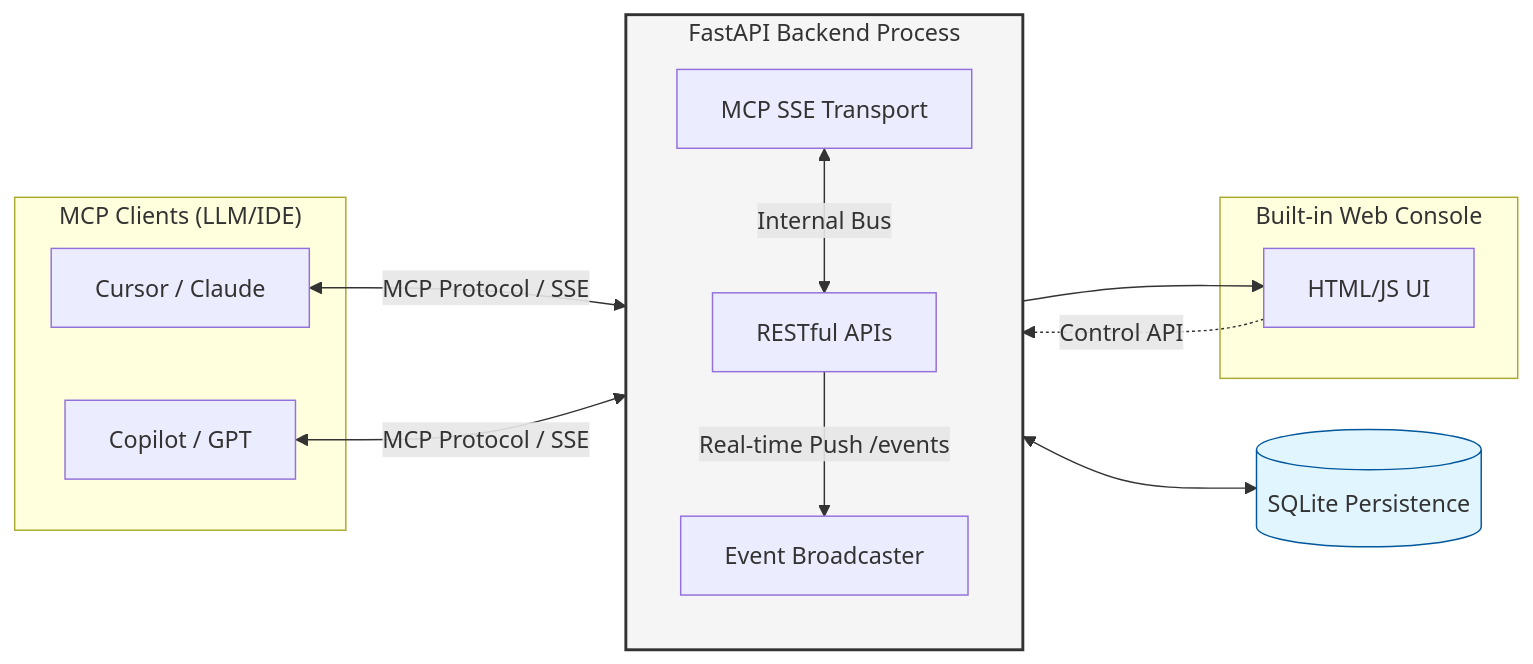
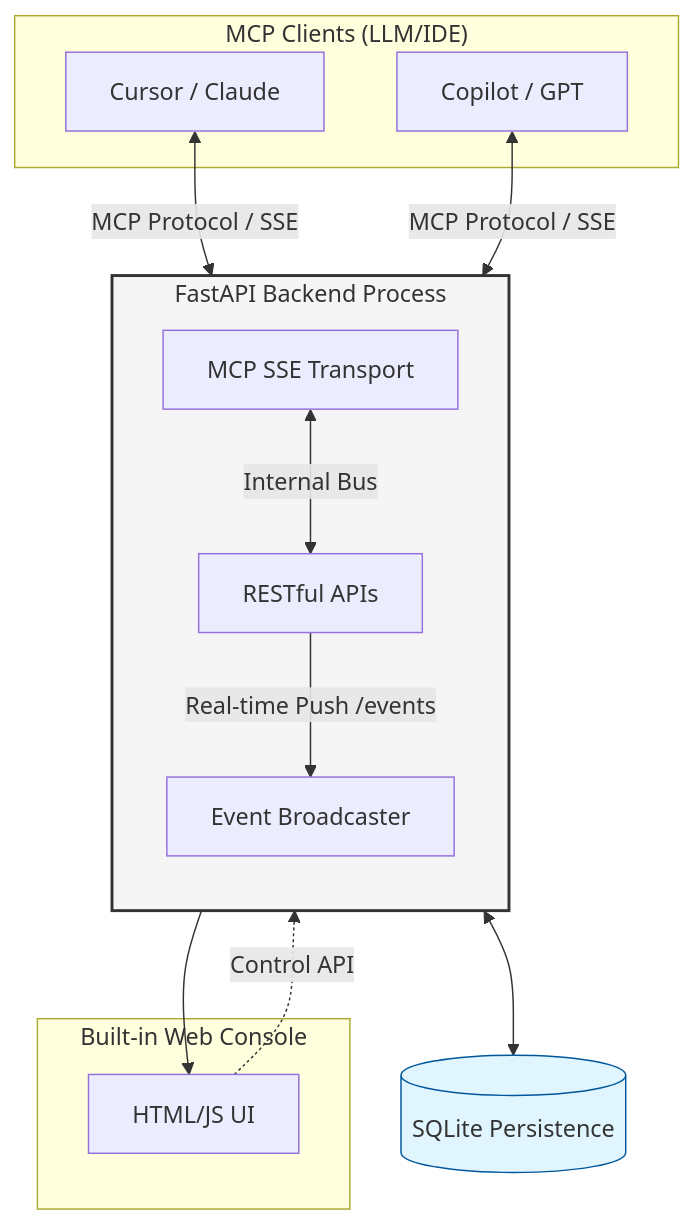
Before and after one commit to bertheto/AgentChatBus: the diagram in README.md, drawn with Mermaid. The commit also changed other lines of this file, not shown here.

Commit message:
docs: Improve README layout by adding additional line breaks and changing the Mermaid graph direction to top-down.

````diff
--- a/README.md
+++ b/README.md
@@ -24,28 +25,28 @@
 ```mermaid
-graph LR
+graph TD
     subgraph Clients["MCP Clients (LLM/IDE)"]
         C1[Cursor / Claude]
         C2[Copilot / GPT]
     end
 
     subgraph Server["FastAPI Backend Process"]
         direction TB
         B1[MCP SSE Transport]
         B2[RESTful APIs]
         B3[Event Broadcaster]
     end
 
     subgraph UI["Built-in Web Console"]
         W1[HTML/JS UI]
     end
 
     C1 & C2 <-->|MCP Protocol / SSE| B1
     B1 <-->|Internal Bus| B2
     B2 <--> DB[(SQLite Persistence)]
     B2 -->|Real-time Push /events| B3
     B3 --> W1
     W1 -.->|Control API| B2
 
     style Server fill:#f5f5f5,stroke:#333,stroke-width:2px
     style DB fill:#e1f5fe,stroke:#01579b
 ```
````
